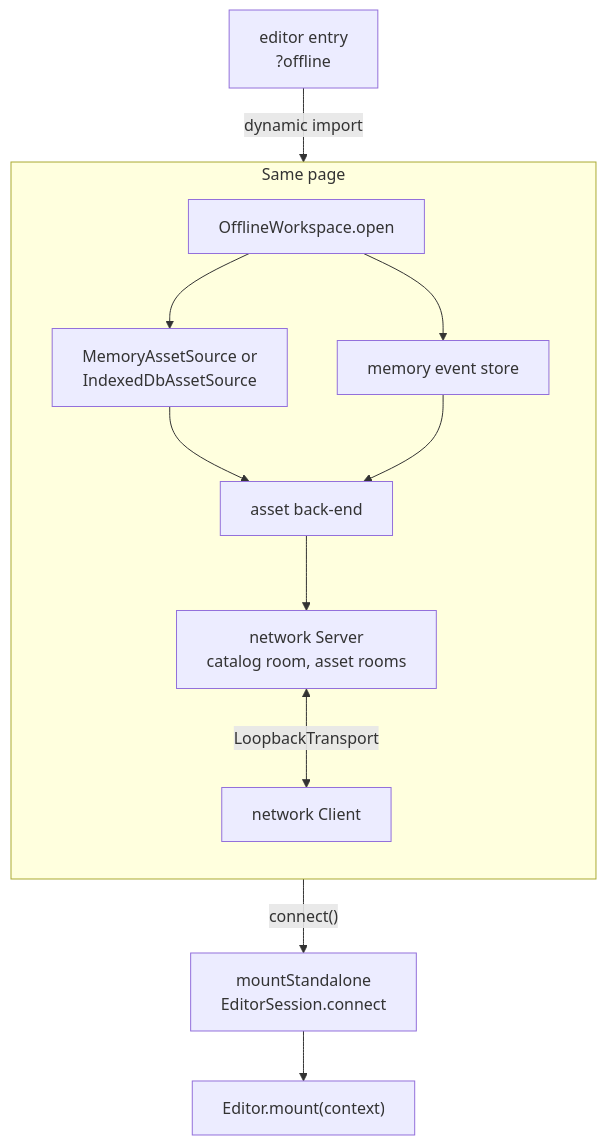
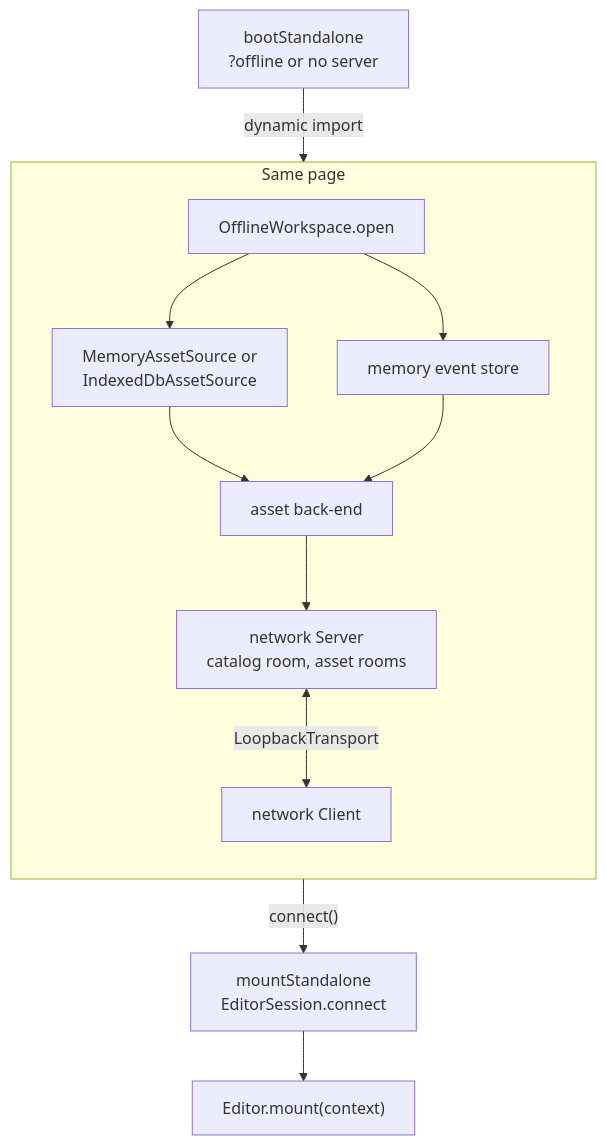
Before and after one commit to JollyPixel/editor: the tenth of 10 diagrams in packages/editors/host/ARCHITECTURE.md, drawn with Mermaid. The commit also changed other lines of this file and 32 other files, not shown here.

Commit message:
refactor(editor.host): introduce bootStandalone and align voxel-map and voxel-model

````diff
--- a/packages/editors/host/ARCHITECTURE.md
+++ b/packages/editors/host/ARCHITECTURE.md
@@ -314,17 +314,17 @@
 ```mermaid
 flowchart TB
-  Editor["editor entry<br/>?offline"] -->|"dynamic import"| Offline["OfflineWorkspace.open"]
+  Editor["bootStandalone<br/>?offline or no server"] -->|"dynamic import"| Offline["OfflineWorkspace.open"]
 
   subgraph Page["Same page"]
     direction TB
     Offline --> Source["MemoryAssetSource or<br/>IndexedDbAssetSource"]
     Offline --> Events["memory event store"]
     Source --> Backend["asset back-end"]
     Events --> Backend
     Backend --> Server["network Server<br/>catalog room, asset rooms"]
     Server <-->|"LoopbackTransport"| Client["network Client"]
   end
 
   Client -->|"connect()"| Mount["mountStandalone<br/>EditorSession.connect"]
   Mount --> MountFn["Editor.mount(context)"]
 ```
````
